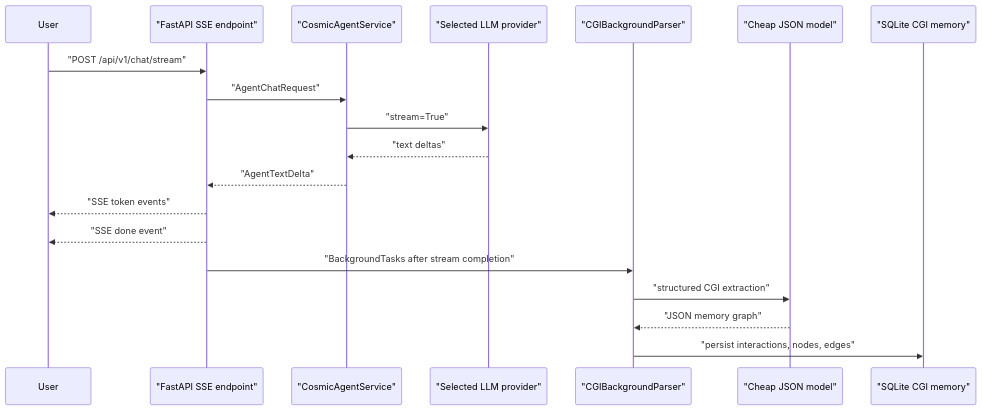
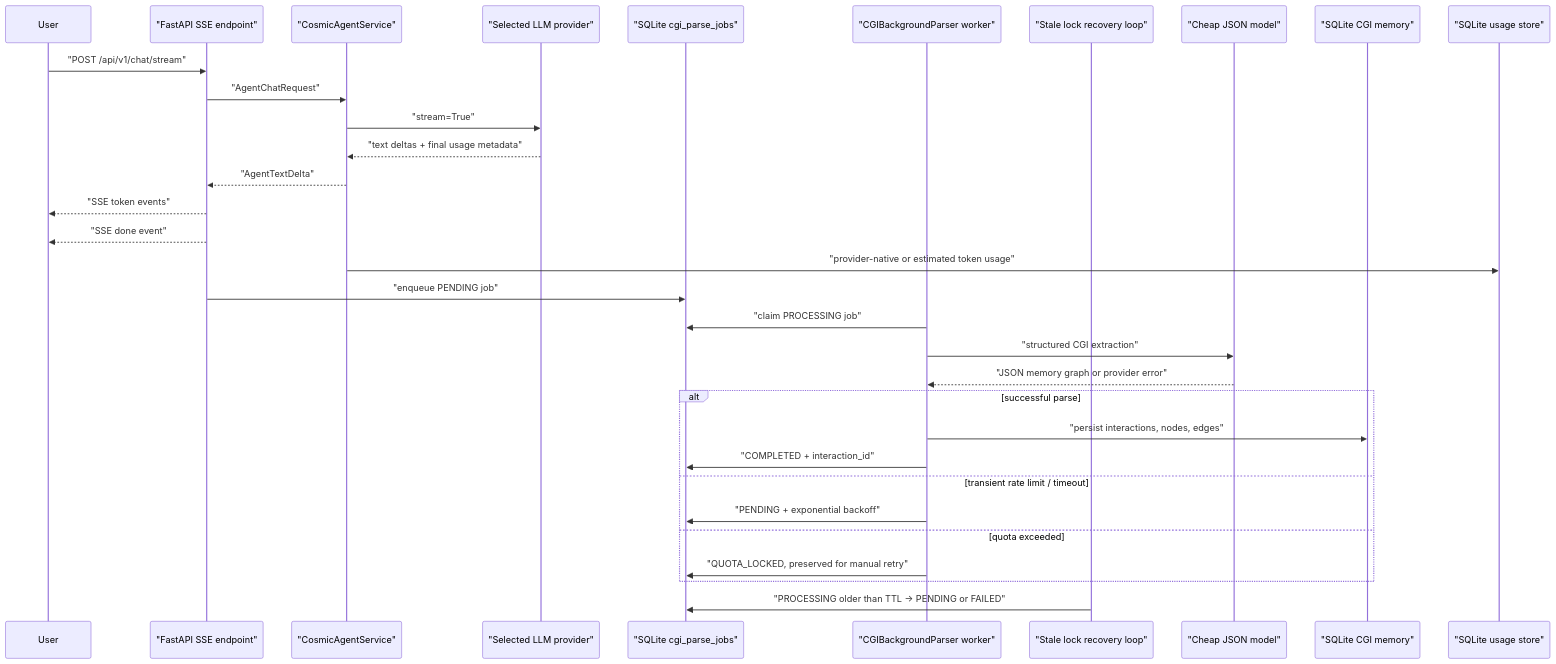
One commit to Sean-Kim-27/Cosmic-Agent changed the diagram in README.md. Above: the diagram before and after it, drawn with Mermaid. The commit also changed other lines of this file and 57 other files, not shown here.

````diff
--- a/README.md
+++ b/README.md
@@ -26,22 +30,35 @@
 ```mermaid
 sequenceDiagram
     participant User
     participant API as "FastAPI SSE endpoint"
     participant Agent as "CosmicAgentService"
     participant LLM as "Selected LLM provider"
-    participant BG as "CGIBackgroundParser"
+    participant Queue as "SQLite cgi_parse_jobs"
+    participant Worker as "CGIBackgroundParser worker"
+    participant Zombie as "Stale lock recovery loop"
     participant JSON as "Cheap JSON model"
     participant DB as "SQLite CGI memory"
+    participant Usage as "SQLite usage store"
 
     User->>API: "POST /api/v1/chat/stream"
     API->>Agent: "AgentChatRequest"
     Agent->>LLM: "stream=True"
-    LLM-->>Agent: "text deltas"
+    LLM-->>Agent: "text deltas + final usage metadata"
     Agent-->>API: "AgentTextDelta"
     API-->>User: "SSE token events"
     API-->>User: "SSE done event"
-    API->>BG: "BackgroundTasks after stream completion"
-    BG->>JSON: "structured CGI extraction"
-    JSON-->>BG: "JSON memory graph"
-    BG->>DB: "persist interactions, nodes, edges"
+    Agent->>Usage: "provider-native or estimated token usage"
+    API->>Queue: "enqueue PENDING job"
+    Worker->>Queue: "claim PROCESSING job"
+    Worker->>JSON: "structured CGI extraction"
+    JSON-->>Worker: "JSON memory graph or provider error"
+    alt successful parse
+        Worker->>DB: "persist interactions, nodes, edges"
+        Worker->>Queue: "COMPLETED + interaction_id"
+    else transient rate limit / timeout
+        Worker->>Queue: "PENDING + exponential backoff"
+    else quota exceeded
+        Worker->>Queue: "QUOTA_LOCKED, preserved for manual retry"
+    end
+    Zombie->>Queue: "PROCESSING older than TTL -> PENDING or FAILED"
 ```
````
